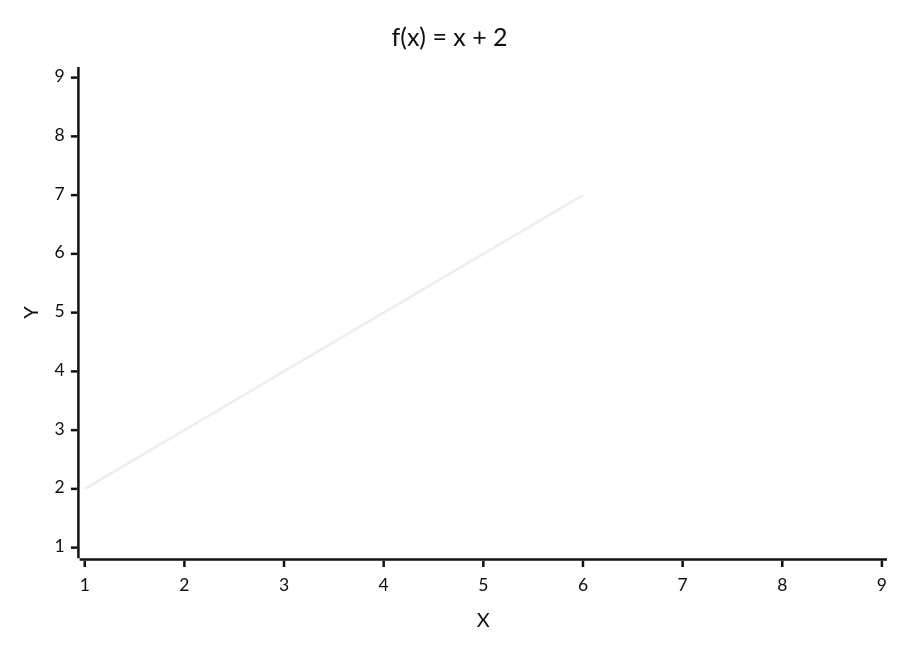
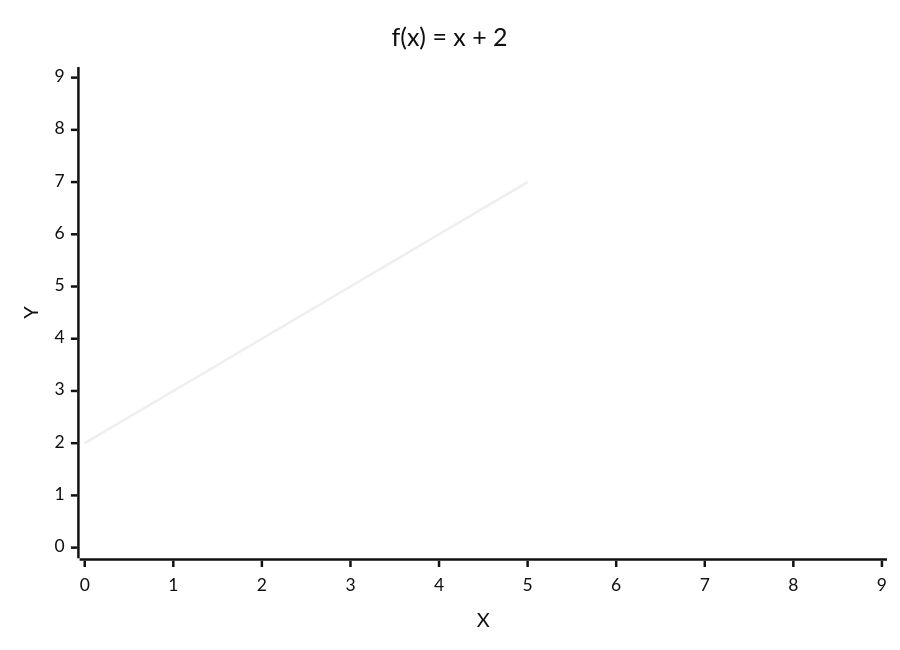
One commit to andrelohmann/ai-experiments changed the second of 4 diagrams in notebooks/01_neuron_explanation/README.md. Above: the diagram before and after it, drawn with Mermaid (neutral theme). The commit also changed other lines of this file and 8 other files, not shown here.

````diff
--- a/notebooks/01_neuron_explanation/README.md
+++ b/notebooks/01_neuron_explanation/README.md
@@ -45,7 +49,7 @@
 ```mermaid
 xychart-beta
     title "f(x) = x + 2"
-    x-axis " X" [1, 2, 3, 4, 5, 6, 7, 8, 9]
-    y-axis "Y" 1 --> 9
+    x-axis " X" [0, 1, 2, 3, 4, 5, 6, 7, 8, 9]
+    y-axis "Y" 0 --> 9
     line [2, 3, 4, 5, 6, 7]
 ```
````
